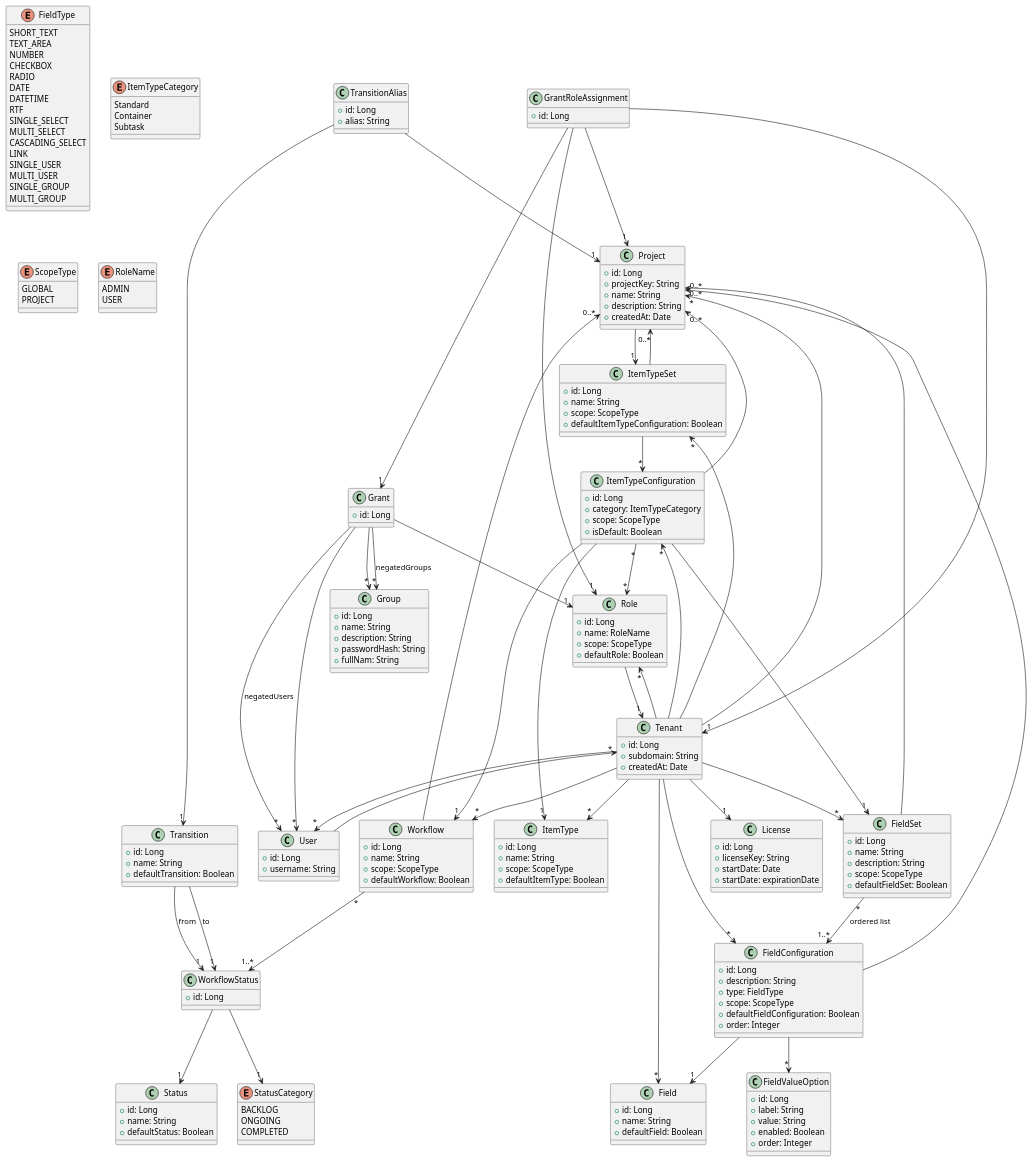
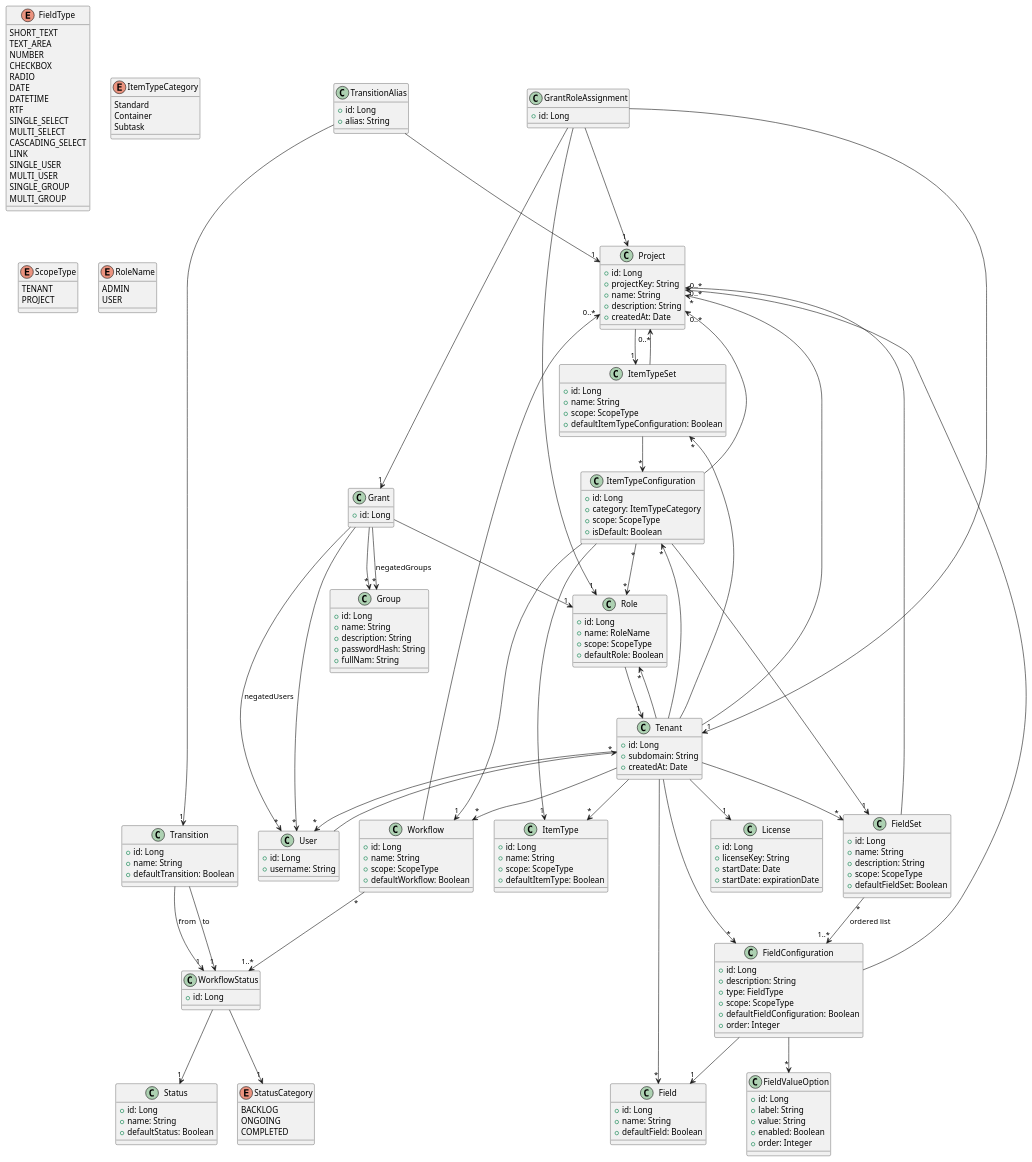
Before and after one commit to robertoortolano/backend: the diagram in docs/uml/model.puml, drawn with PlantUML. The commit also changed 85 other files, not shown here.

```diff
--- a/docs/uml/model.puml
+++ b/docs/uml/model.puml
@@ -29,7 +29,7 @@
 }
 
 enum ScopeType {
-  GLOBAL
+  TENANT
   PROJECT
 }
 
```
